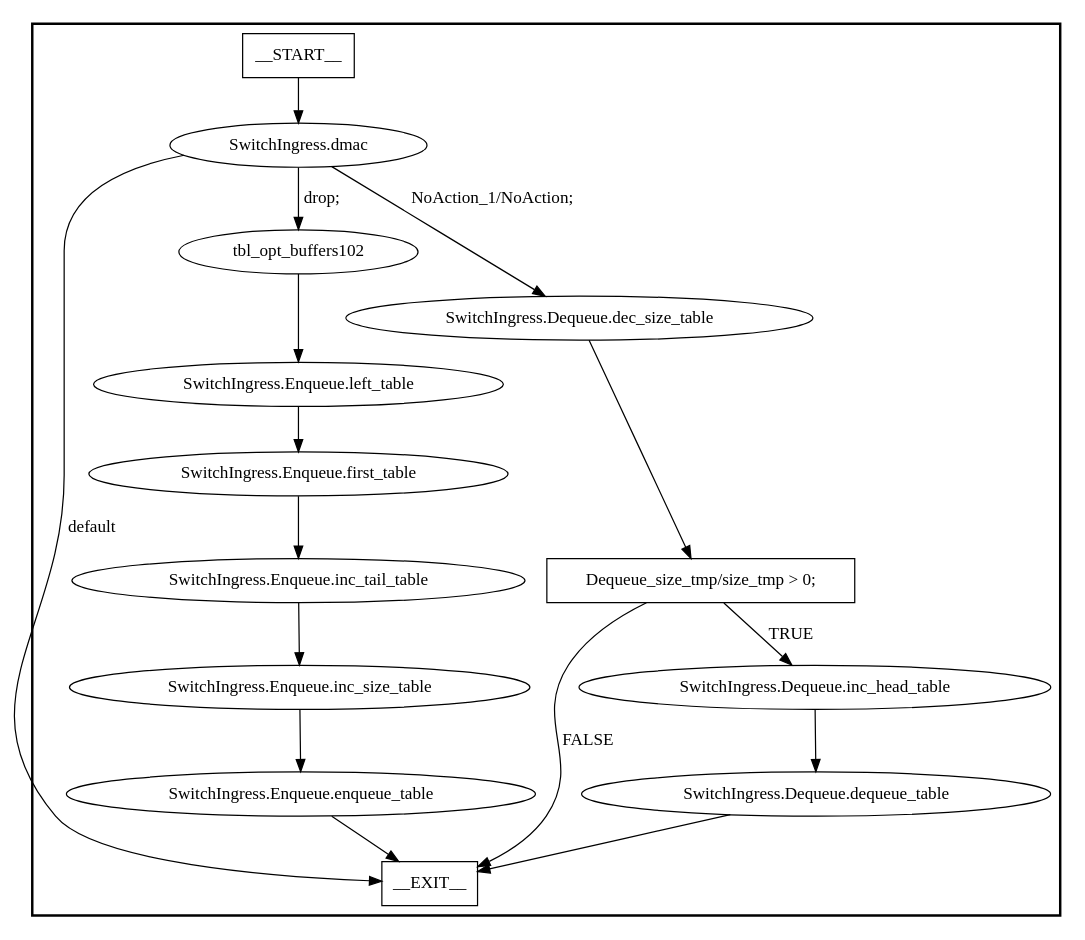
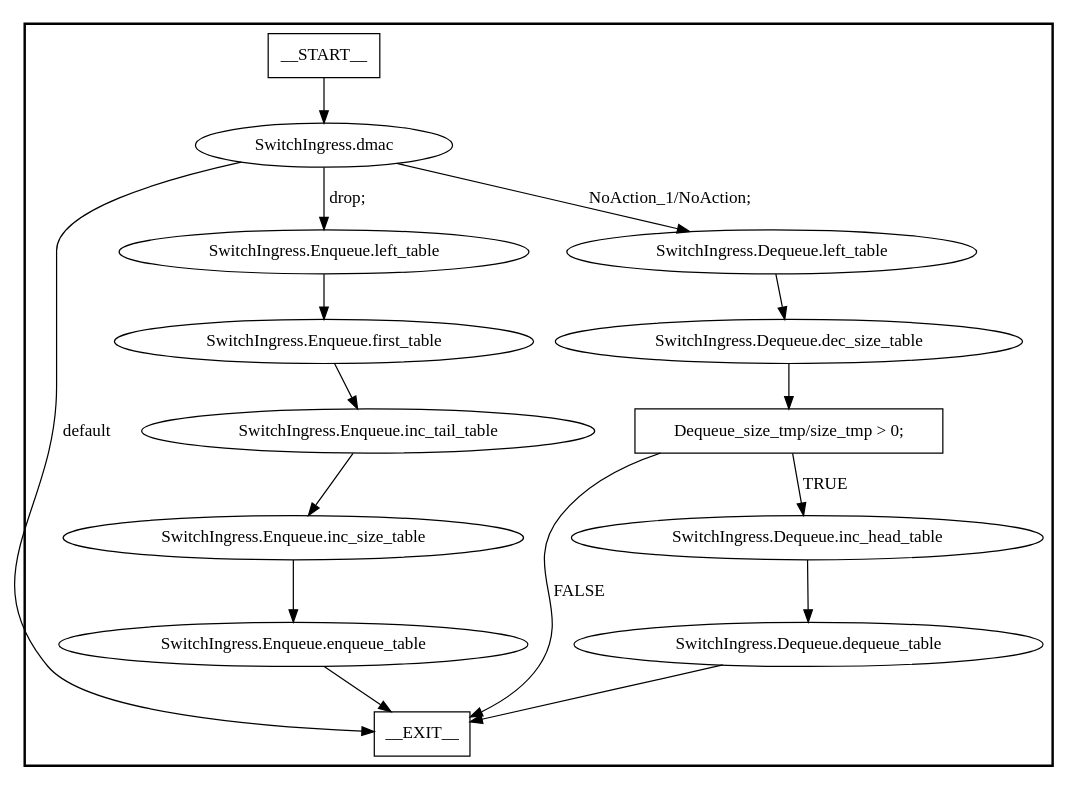
One commit to katcheng902/ring-buffer-hw changed the diagram in build/opt_buffers/tofino/pipe/graphs/SwitchIngress.dot. Above: the diagram before and after it, drawn with Graphviz. The commit also changed 149 other files, not shown here.

```diff
--- a/build/opt_buffers/tofino/pipe/graphs/SwitchIngress.dot
+++ b/build/opt_buffers/tofino/pipe/graphs/SwitchIngress.dot
@@ -1,34 +1,34 @@
 digraph SwitchIngress {
 subgraph cluster {
 graph [
 label="", labeljust=r, style=bold];
 0[label=__START__, margin="", shape=rectangle, style=solid];
 1[label=__EXIT__, margin="", shape=rectangle, style=solid];
 2[label="SwitchIngress.dmac", margin="", shape=ellipse, style=solid];
-3[label=tbl_opt_buffers102, margin="", shape=ellipse, style=solid];
-4[label="SwitchIngress.Enqueue.left_table", margin="", shape=ellipse, style=solid];
-5[label="SwitchIngress.Enqueue.first_table", margin="", shape=ellipse, style=solid];
-6[label="SwitchIngress.Enqueue.inc_tail_table", margin="", shape=ellipse, style=solid];
-7[label="SwitchIngress.Enqueue.inc_size_table", margin="", shape=ellipse, style=solid];
-8[label="SwitchIngress.Enqueue.enqueue_table", margin="", shape=ellipse, style=solid];
+3[label="SwitchIngress.Enqueue.left_table", margin="", shape=ellipse, style=solid];
+4[label="SwitchIngress.Enqueue.first_table", margin="", shape=ellipse, style=solid];
+5[label="SwitchIngress.Enqueue.inc_tail_table", margin="", shape=ellipse, style=solid];
+6[label="SwitchIngress.Enqueue.inc_size_table", margin="", shape=ellipse, style=solid];
+7[label="SwitchIngress.Enqueue.enqueue_table", margin="", shape=ellipse, style=solid];
+8[label="SwitchIngress.Dequeue.left_table", margin="", shape=ellipse, style=solid];
 9[label="SwitchIngress.Dequeue.dec_size_table", margin="", shape=ellipse, style=solid];
 10[label="Dequeue_size_tmp/size_tmp > 0;", margin="", shape=rectangle, style=solid];
 11[label="SwitchIngress.Dequeue.inc_head_table", margin="", shape=ellipse, style=solid];
 12[label="SwitchIngress.Dequeue.dequeue_table", margin="", shape=ellipse, style=solid];
 0 -> 2[label=""];
 2 -> 3[label="drop;"];
-2 -> 9[label="NoAction_1/NoAction;"];
+2 -> 8[label="NoAction_1/NoAction;"];
 2 -> 1[label=default];
 3 -> 4[label=""];
 4 -> 5[label=""];
 5 -> 6[label=""];
 6 -> 7[label=""];
-7 -> 8[label=""];
-8 -> 1[label=""];
+7 -> 1[label=""];
+8 -> 9[label=""];
 9 -> 10[label=""];
 10 -> 11[label=TRUE];
 10 -> 1[label=FALSE];
 11 -> 12[label=""];
 12 -> 1[label=""];
 }
 }
```
